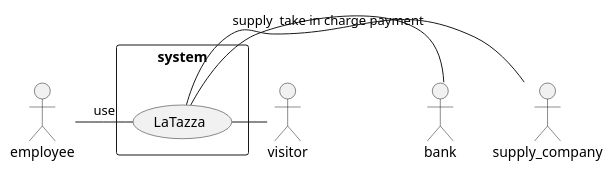
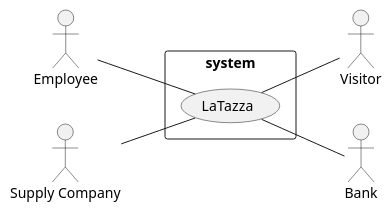
Before and after one commit to roypaulin/laTazza: the diagram in Project/Requirements/RequirementDocument.md, drawn with PlantUML. The commit also changed other lines of this file, not shown here.

Commit message:
Update RequirementDocument.md - small fixes on Context Diagram

````diff
--- a/Project/Requirements/RequirementDocument.md
+++ b/Project/Requirements/RequirementDocument.md
@@ -46,15 +48,18 @@
 ```plantuml
-actor employee as e
-actor supply_company as sc
-actor visitor as v
-actor bank as b
+left to right direction
+skinparam packageStyle rectangle
+
+actor Employee as e
+actor "Supply Company" as sc
+actor Visitor as v
+actor Bank as b
 
 
 rectangle system{
   (LaTazza) as lt
-  e-lt :"use"
-  lt-v
-  lt-b :"take in charge payment"
-  sc-lt:"supply"
+  e--lt 
+  lt--v  
+  lt--b 
+  sc--lt
 }
 ```
````
